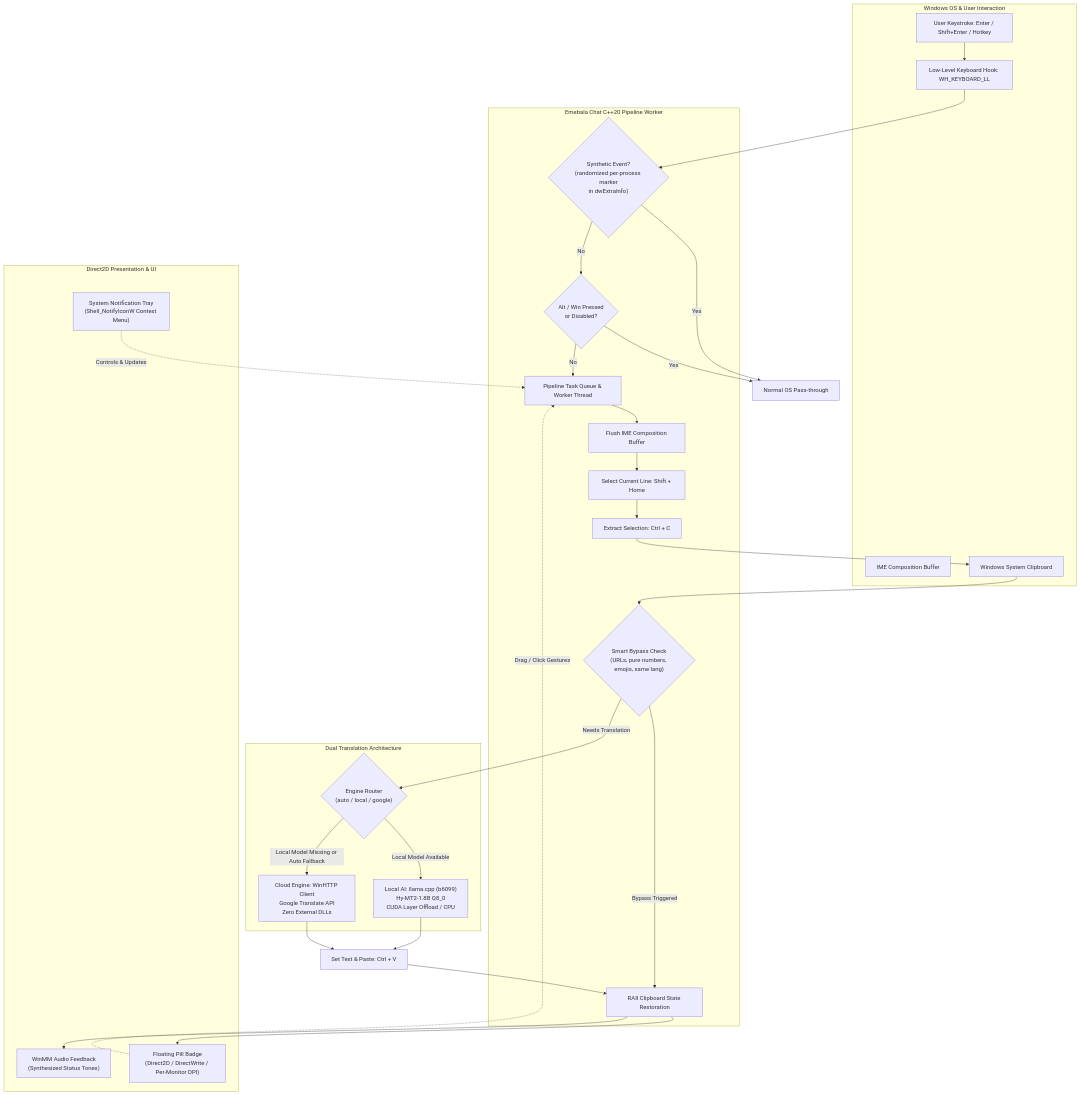
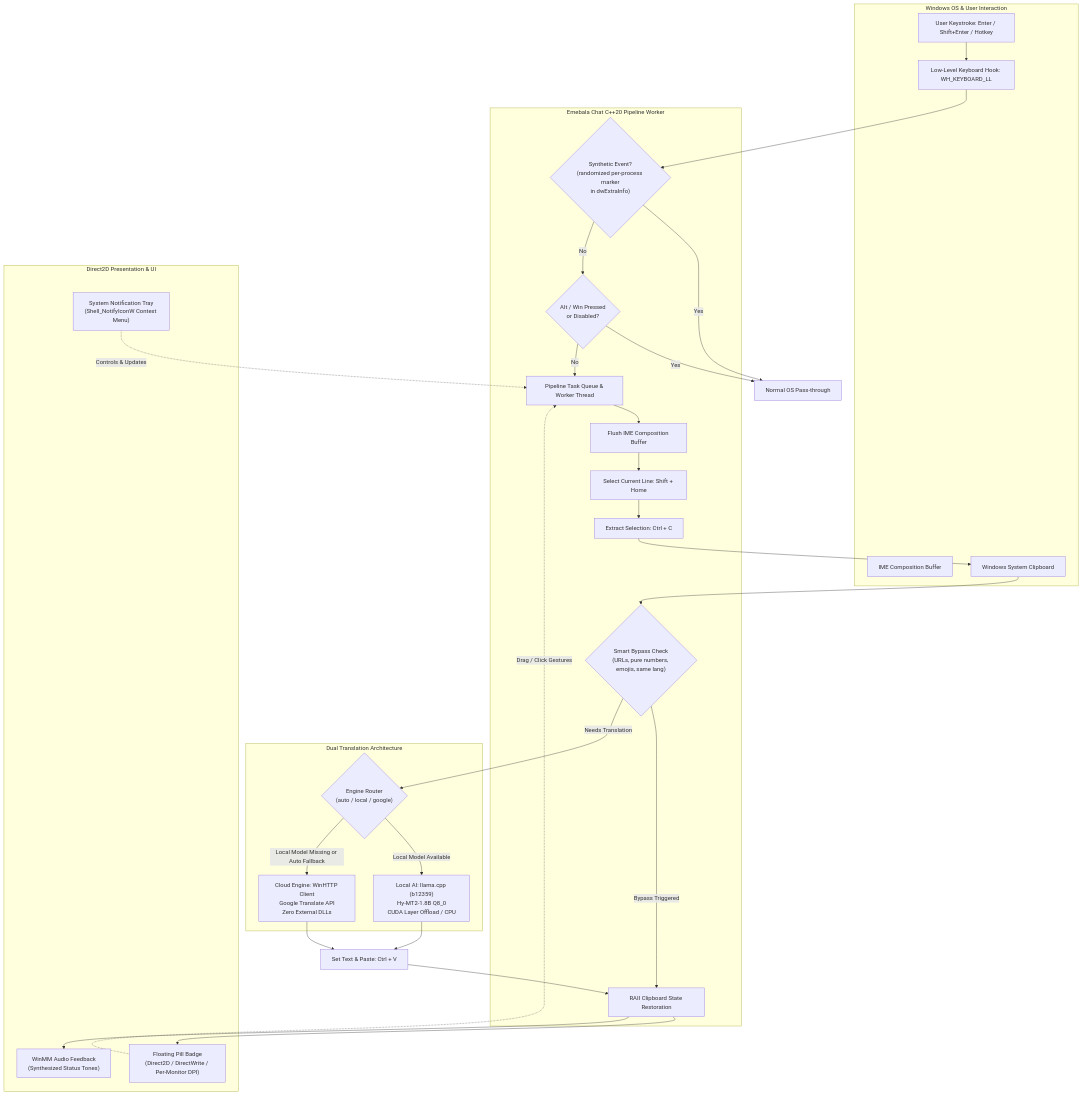
Before and after one commit to teamsunplaza/Emebalachat: the diagram in README.md, drawn with Mermaid. The commit also changed other lines of this file and 5 other files, not shown here.

First line of the commit message:
chore(engine): sync llama.cpp v1.0.0 (b12359) version carriers

````diff
--- a/README.md
+++ b/README.md
@@ -651,59 +651,59 @@
 ```mermaid
 flowchart TB
     subgraph OS_Layer ["Windows OS & User Interaction"]
         KBD[User Keystroke: Enter / Shift+Enter / Hotkey]
         HOOK[Low-Level Keyboard Hook: WH_KEYBOARD_LL]
         IME[IME Composition Buffer]
         CLIP[Windows System Clipboard]
     end
 
     subgraph Core_Pipeline ["Emebala Chat C++20 Pipeline Worker"]
         FILTER{"Synthetic Event?\n(randomized per-process marker\nin dwExtraInfo)"}
         DISPATCH{"Alt / Win Pressed\nor Disabled?"}
         TASK[Pipeline Task Queue & Worker Thread]
         IME_FLUSH[Flush IME Composition Buffer]
         SELECT[Select Current Line: Shift + Home]
         COPY[Extract Selection: Ctrl + C]
         BYPASS{"Smart Bypass Check\n(URLs, pure numbers, emojis, same lang)"}
         RESTORE[RAII Clipboard State Restoration]
     end
 
     subgraph Translation_Engines ["Dual Translation Architecture"]
         ROUTER{"Engine Router\n(auto / local / google)"}
-        LLM["Local AI: llama.cpp (b6099)\nHy-MT2-1.8B Q8_0\nCUDA Layer Offload / CPU"]
+        LLM["Local AI: llama.cpp (b12359)\nHy-MT2-1.8B Q8_0\nCUDA Layer Offload / CPU"]
         GTRANS["Cloud Engine: WinHTTP Client\nGoogle Translate API\nZero External DLLs"]
     end
 
     subgraph Presentation_Layer ["Direct2D Presentation & UI"]
         BADGE["Floating Pill Badge\n(Direct2D / DirectWrite / Per-Monitor DPI)"]
         TRAY["System Notification Tray\n(Shell_NotifyIconW Context Menu)"]
         AUDIO["WinMM Audio Feedback\n(Synthesized Status Tones)"]
     end
 
     KBD --> HOOK
     HOOK --> FILTER
     FILTER -- Yes --> PASS_THROUGH[Normal OS Pass-through]
     FILTER -- No --> DISPATCH
     DISPATCH -- Yes --> PASS_THROUGH
     DISPATCH -- No --> TASK
 
     TASK --> IME_FLUSH
     IME_FLUSH --> SELECT
     SELECT --> COPY
     COPY --> CLIP
     CLIP --> BYPASS
 
     BYPASS -- Bypass Triggered --> RESTORE
     BYPASS -- Needs Translation --> ROUTER
 
     ROUTER -- Local Model Available --> LLM
     ROUTER -- Local Model Missing or Auto Fallback --> GTRANS
 
     LLM --> PASTE[Set Text & Paste: Ctrl + V]
     GTRANS --> PASTE
     PASTE --> RESTORE
     RESTORE --> BADGE
     RESTORE --> AUDIO
     TRAY -. Controls & Updates .-> TASK
     BADGE -. Drag / Click Gestures .-> TASK
 ```
````
